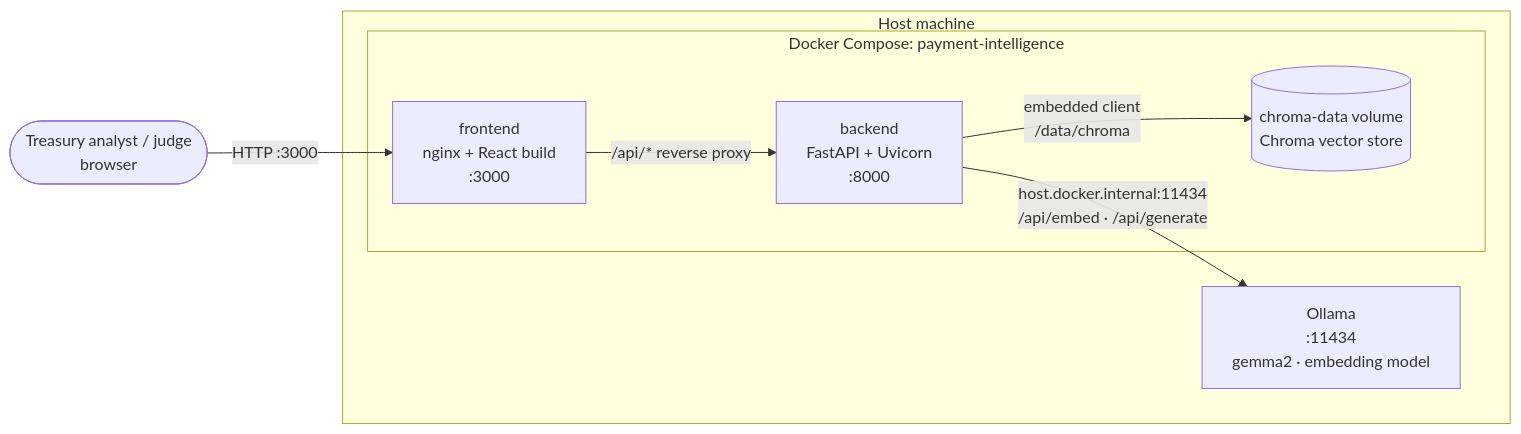
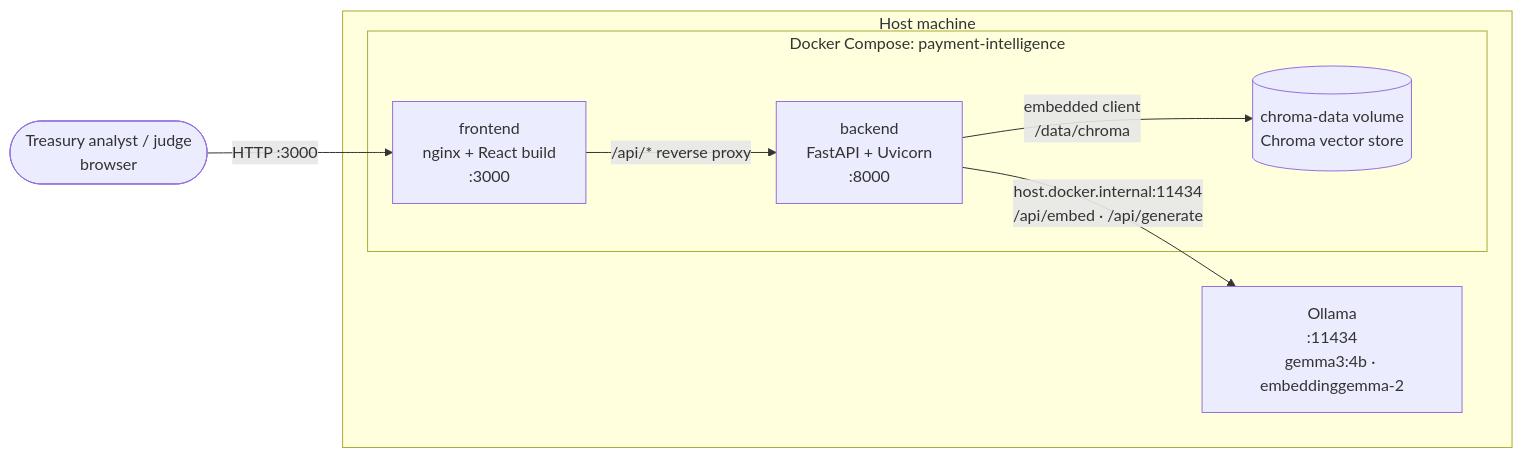
One commit to rajatrao/payment_intelligence changed the first of 7 diagrams in docs/ARCHITECTURE.md. Above: the diagram before and after it, drawn with Mermaid. The commit also changed other lines of this file and 17 other files, not shown here.

````diff
--- a/docs/ARCHITECTURE.md
+++ b/docs/ARCHITECTURE.md
@@ -32,16 +32,16 @@
 ```mermaid
 flowchart LR
     user([Treasury analyst / judge<br/>browser])
     subgraph host["Host machine"]
         subgraph docker["Docker Compose: payment-intelligence"]
             fe["frontend<br/>nginx + React build<br/>:3000"]
             be["backend<br/>FastAPI + Uvicorn<br/>:8000"]
             vol[("chroma-data volume<br/>Chroma vector store")]
         end
-        ollama["Ollama<br/>:11434<br/>gemma2 · embedding model"]
+        ollama["Ollama<br/>:11434<br/>gemma3:4b · embeddinggemma-2"]
     end
     user -- "HTTP :3000" --> fe
     fe -- "/api/* reverse proxy" --> be
     be -- "embedded client<br/>/data/chroma" --> vol
     be -- "host.docker.internal:11434<br/>/api/embed · /api/generate" --> ollama
 ```
````
